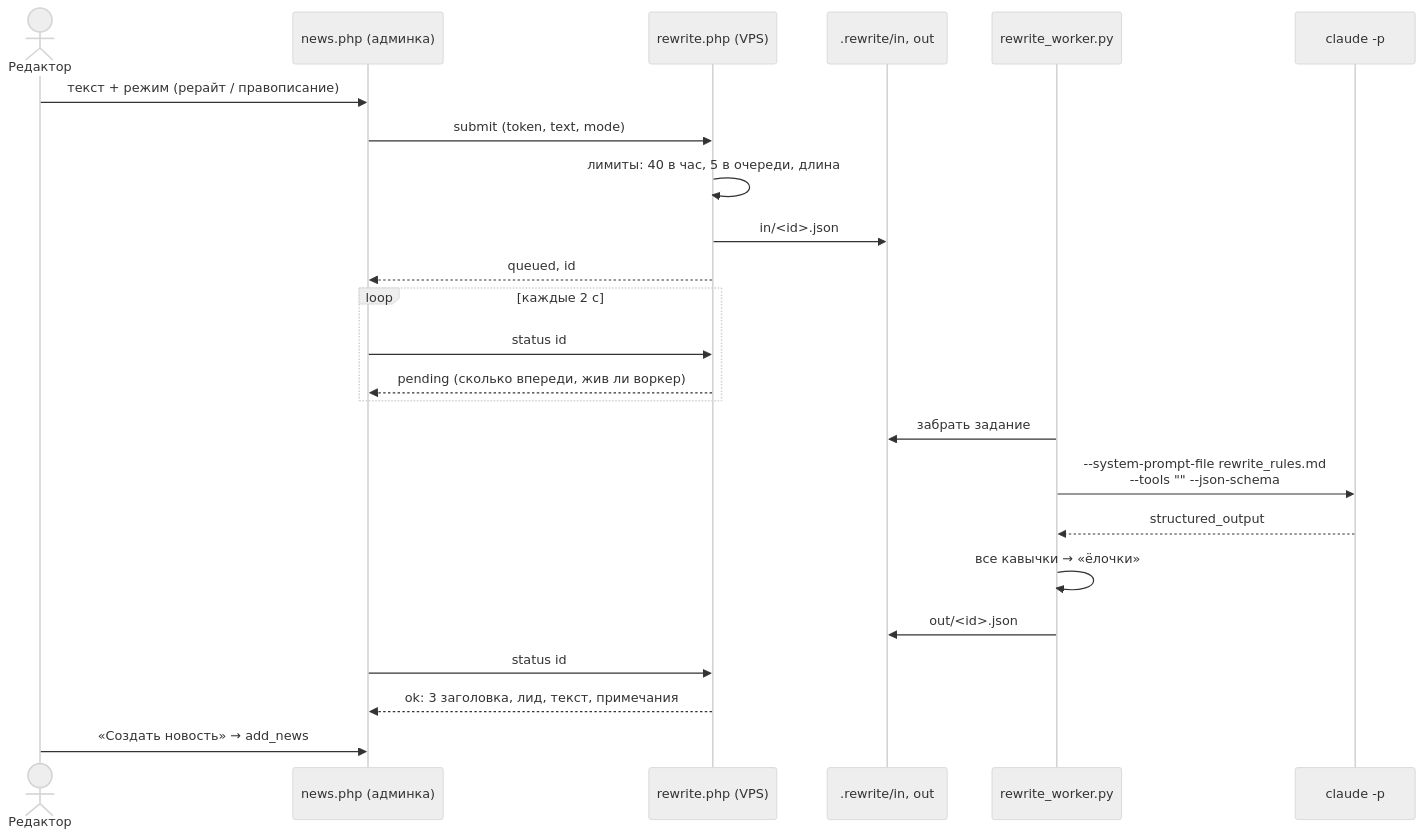
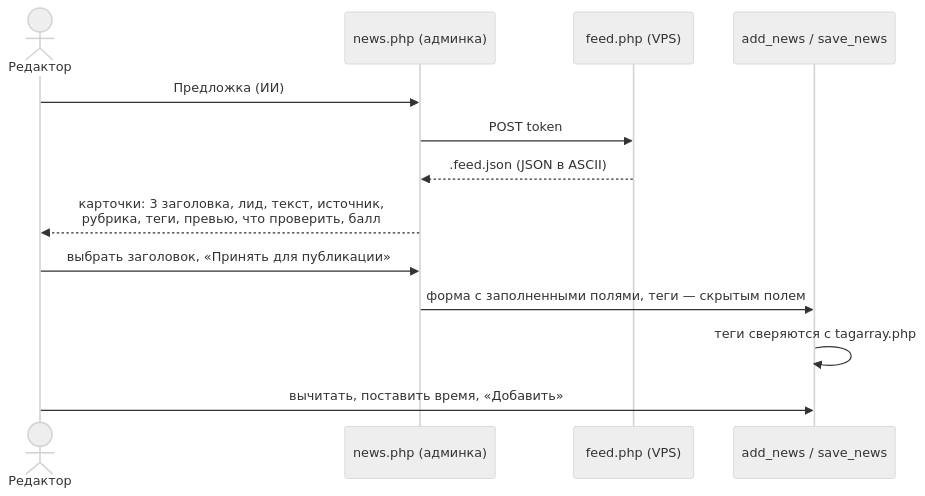
The fourth of 4 diagrams in README.md (delffine/ai_editor), drawn with Mermaid (neutral theme) before and after one commit. The commit also changed other lines of this file and 13 other files, not shown here.

Commit message:
Убран рерайт: в репозитории только Предложка (feed.php, news_ai_common.php)

````diff
--- a/README.md
+++ b/README.md
@@ -209,27 +202,16 @@
 ```mermaid
 sequenceDiagram
     actor E as Редактор
     participant N as news.php (админка)
-    participant R as rewrite.php (VPS)
-    participant Q as .rewrite/in, out
-    participant W as rewrite_worker.py
-    participant C as claude -p
+    participant F as feed.php (VPS)
+    participant A as add_news / save_news
 
-    E->>N: текст + режим (рерайт / правописание)
-    N->>R: submit (token, text, mode)
-    R->>R: лимиты: 40 в час, 5 в очереди, длина
-    R->>Q: in/<id>.json
-    R-->>N: queued, id
-    loop каждые 2 с
-        N->>R: status id
-        R-->>N: pending (сколько впереди, жив ли воркер)
-    end
-    W->>Q: забрать задание
-    W->>C: --system-prompt-file rewrite_rules.md<br/>--tools "" --json-schema
-    C-->>W: structured_output
-    W->>W: все кавычки → «ёлочки»
-    W->>Q: out/<id>.json
-    N->>R: status id
-    R-->>N: ok: 3 заголовка, лид, текст, примечания
-    E->>N: «Создать новость» → add_news
+    E->>N: Предложка (ИИ)
+    N->>F: POST token
+    F-->>N: .feed.json (JSON в ASCII)
+    N-->>E: карточки: 3 заголовка, лид, текст, источник,<br/>рубрика, теги, превью, что проверить, балл
+    E->>N: выбрать заголовок, «Принять для публикации»
+    N->>A: форма с заполненными полями, теги — скрытым полем
+    A->>A: теги сверяются с tagarray.php
+    E->>A: вычитать, поставить время, «Добавить»
 ```
````
